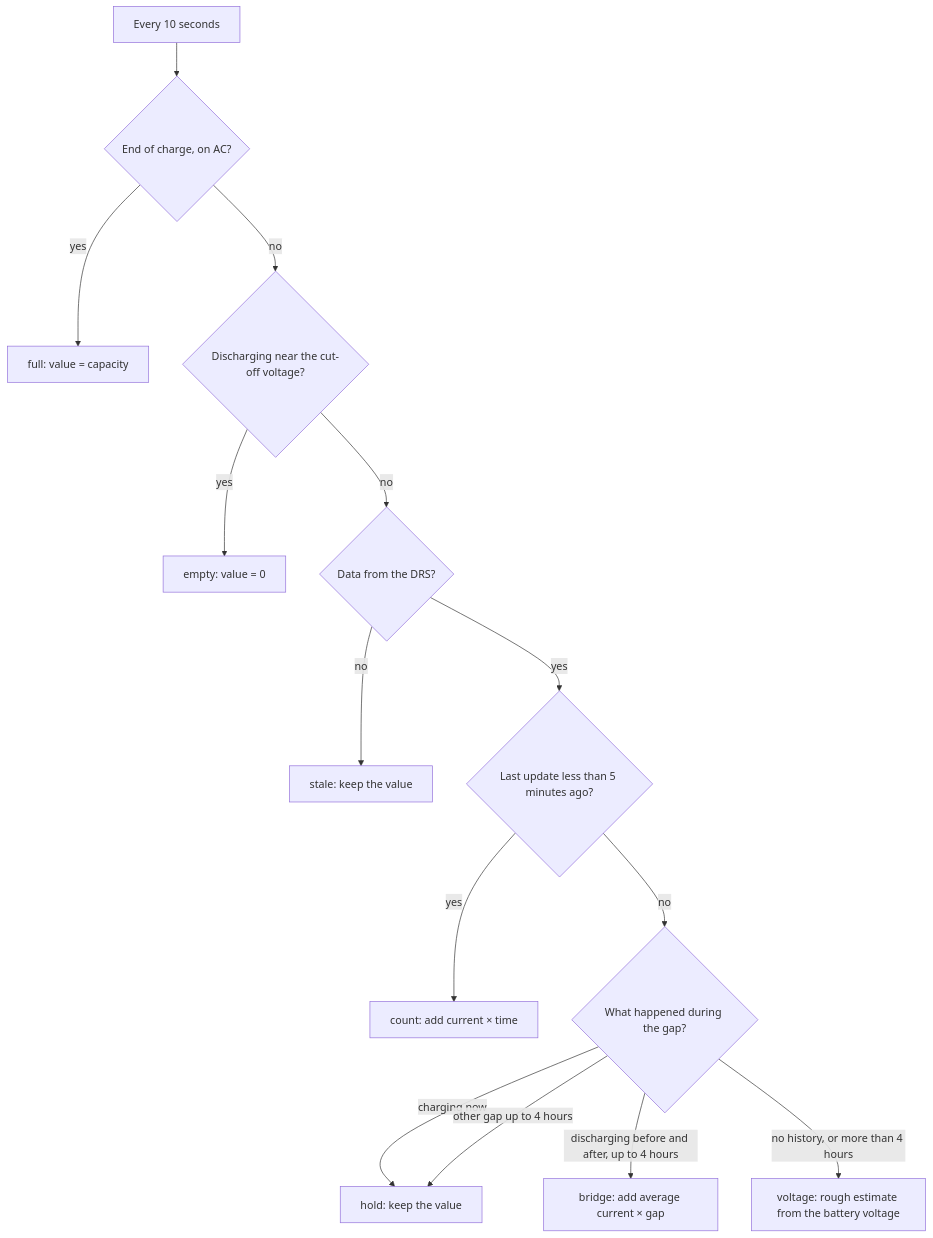
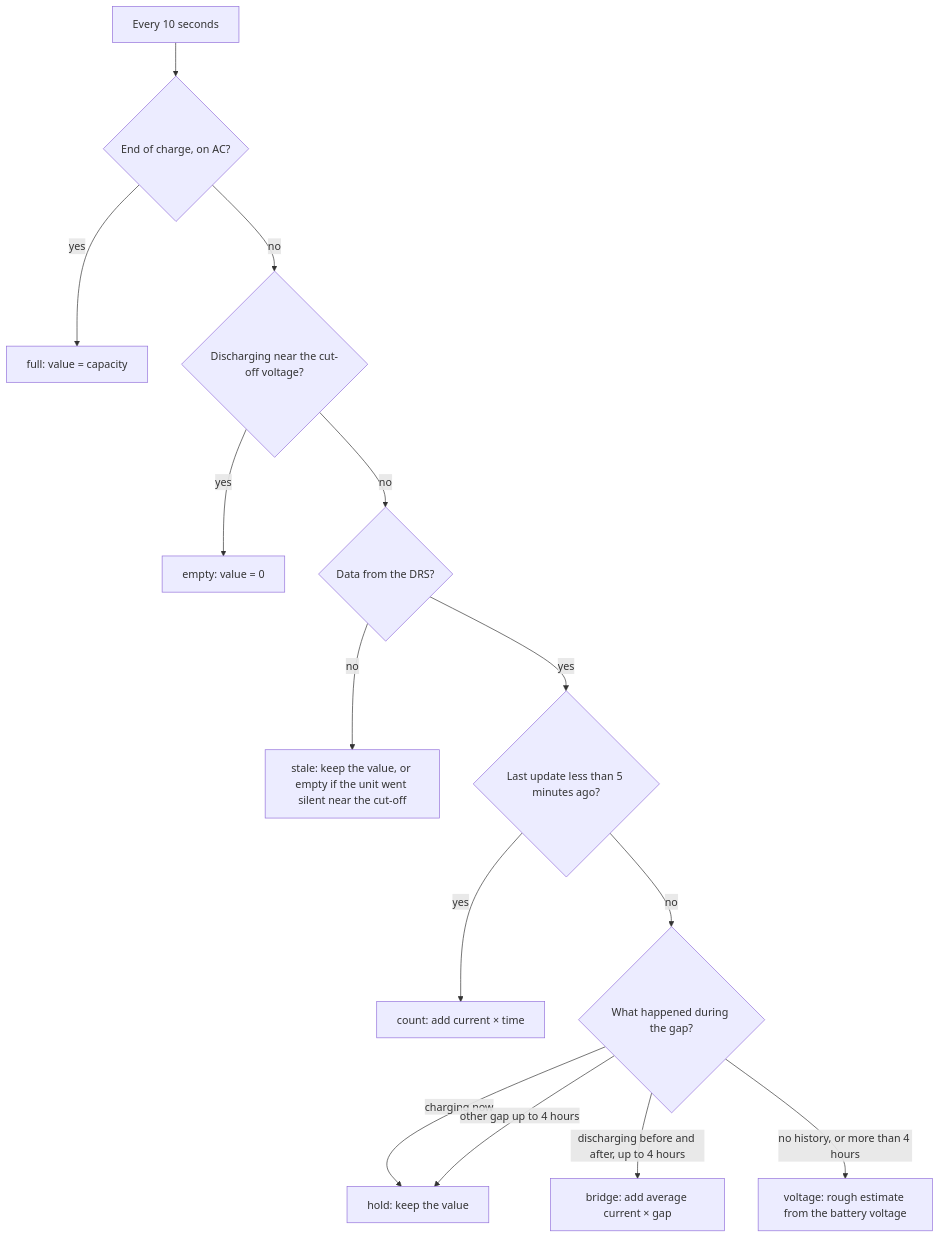
One commit to brusini/meanwell-drs240-home-assistant changed the diagram in docs/state-of-charge-and-alerts.md. Above: the diagram before and after it, drawn with Mermaid. The commit also changed other lines of this file and 10 other files, not shown here.

````diff
--- a/docs/state-of-charge-and-alerts.md
+++ b/docs/state-of-charge-and-alerts.md
@@ -22,16 +22,16 @@
 ```mermaid
 flowchart TD
     A[Every 10 seconds] --> B{End of charge, on AC?}
     B -- yes --> FULL[full: value = capacity]
     B -- no --> C{Discharging near the cut-off voltage?}
     C -- yes --> EMPTY[empty: value = 0]
     C -- no --> D{Data from the DRS?}
-    D -- no --> STALE[stale: keep the value]
+    D -- no --> STALE["stale: keep the value, or empty if the unit went silent near the cut-off"]
     D -- yes --> E{Last update less than 5 minutes ago?}
     E -- yes --> COUNT[count: add current × time]
     E -- no --> F{What happened during the gap?}
     F -- charging now --> HOLD[hold: keep the value]
     F -- discharging before and after, up to 4 hours --> BRIDGE[bridge: add average current × gap]
     F -- other gap up to 4 hours --> HOLD
     F -- no history, or more than 4 hours --> VOLT[voltage: rough estimate from the battery voltage]
 ```
````
